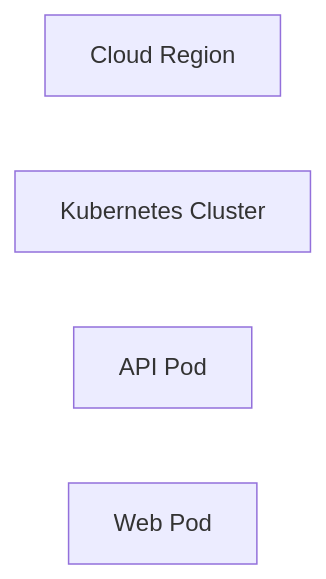
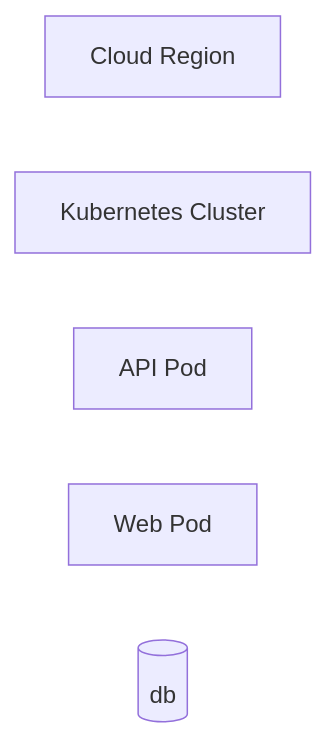
The diagram in docs/diagrams/test-2/deployment.md (SevDev21/disney-ai-plus), drawn with Mermaid before and after one commit. The commit also changed other lines of this file and 5 other files, not shown here.

Commit message:
Update architecture & diagrams for project 'test-2'

````diff
--- a/docs/diagrams/test-2/deployment.md
+++ b/docs/diagrams/test-2/deployment.md
@@ -5,9 +5,10 @@
 ```mermaid
 flowchart LR
 
     cloud_region[Cloud Region]
     kubernetes_cluster[Kubernetes Cluster]
     api[API Pod]
     web[Web Pod]
+    db[(db)]
 
 ```
````
